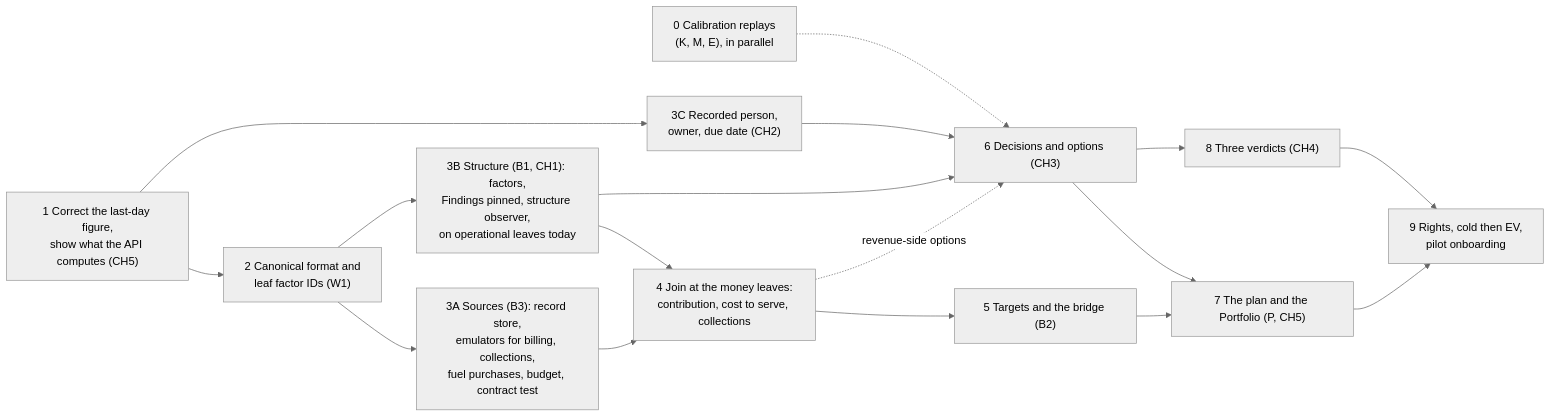
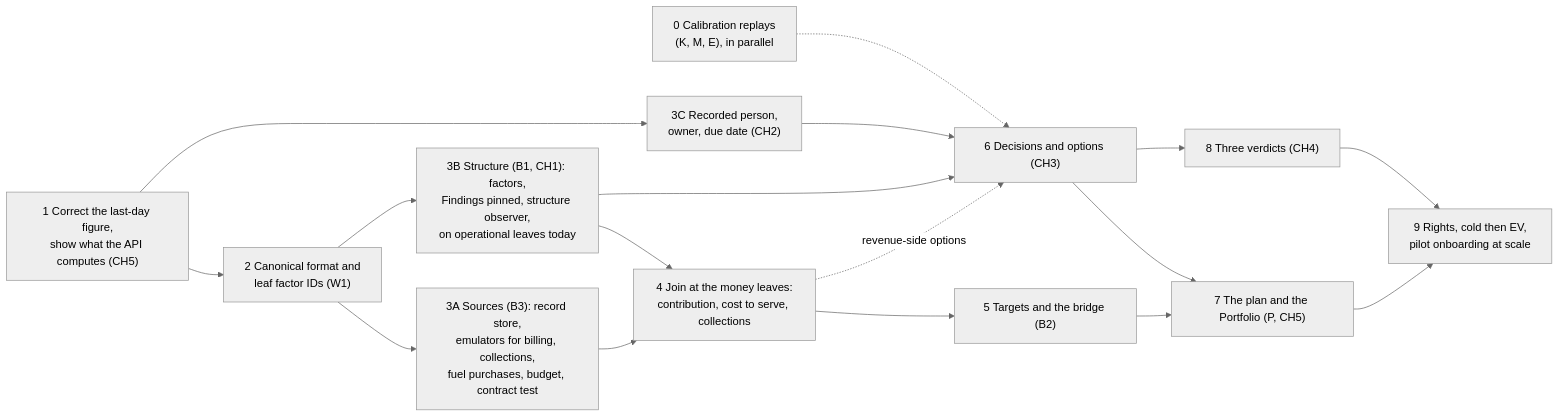
One commit to bineyame/AssetOpsV1 changed diagram 13 of 13 in Docs/demo-sprint/product-direction-layer4/layer4-transformation-design.md. Above: the diagram before and after it, drawn with Mermaid (neutral theme). The commit also changed other lines of this file and 6 other files, not shown here.

````diff
--- a/Docs/demo-sprint/product-direction-layer4/layer4-transformation-design.md
+++ b/Docs/demo-sprint/product-direction-layer4/layer4-transformation-design.md
@@ -631,20 +675,20 @@
 ```mermaid
 flowchart LR
   S0["0 Calibration replays<br/>(K, M, E), in parallel"]
   S1["1 Correct the last-day figure,<br/>show what the API computes (CH5)"] --> S2["2 Canonical format and<br/>leaf factor IDs (W1)"]
   S2 --> LA["3A Sources (B3): record store,<br/>emulators for billing, collections,<br/>fuel purchases, budget, contract test"]
   S2 --> LB["3B Structure (B1, CH1): factors,<br/>Findings pinned, structure observer,<br/>on operational leaves today"]
   S1 --> PC["3C Recorded person,<br/>owner, due date (CH2)"]
   LA --> J["4 Join at the money leaves:<br/>contribution, cost to serve, collections"]
   LB --> J
   J --> T["5 Targets and the bridge (B2)"]
   LB --> D["6 Decisions and options (CH3)"]
   PC --> D
   J -. "revenue-side options" .-> D
   D --> P["7 The plan and the Portfolio (P, CH5)"]
   D --> V["8 Three verdicts (CH4)"]
   T --> P
-  P --> R["9 Rights, cold then EV,<br/>pilot onboarding"]
+  P --> R["9 Rights, cold then EV,<br/>pilot onboarding at scale"]
   V --> R
   S0 -.-> D
 ```
````
